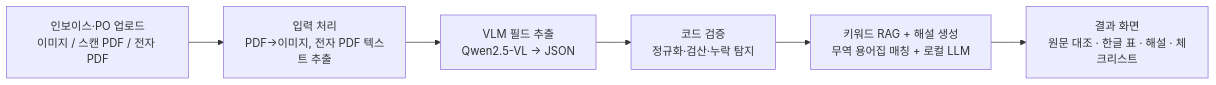
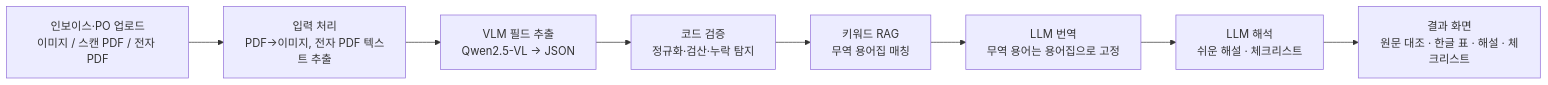
One commit to artaban125/TradePilot changed the diagram in README.md. Above: the diagram before and after it, drawn with Mermaid. The commit also changed other lines of this file and 3 other files, not shown here.

````diff
--- a/README.md
+++ b/README.md
@@ -60,8 +60,10 @@
 ```mermaid
 flowchart LR
     A[인보이스·PO 업로드<br/>이미지 / 스캔 PDF / 전자 PDF] --> B[입력 처리<br/>PDF→이미지, 전자 PDF 텍스트 추출]
     B --> C[VLM 필드 추출<br/>Qwen2.5-VL → JSON]
     C --> D[코드 검증<br/>정규화·검산·누락 탐지]
-    D --> E[키워드 RAG + 해설 생성<br/>무역 용어집 매칭 + 로컬 LLM]
-    E --> F[결과 화면<br/>원문 대조 · 한글 표 · 해설 · 체크리스트]
+    D --> E[키워드 RAG<br/>무역 용어집 매칭]
+    E --> G[LLM 번역<br/>무역 용어는 용어집으로 고정]
+    G --> H[LLM 해석<br/>쉬운 해설 · 체크리스트]
+    H --> F[결과 화면<br/>원문 대조 · 한글 표 · 해설 · 체크리스트]
 ```
````
